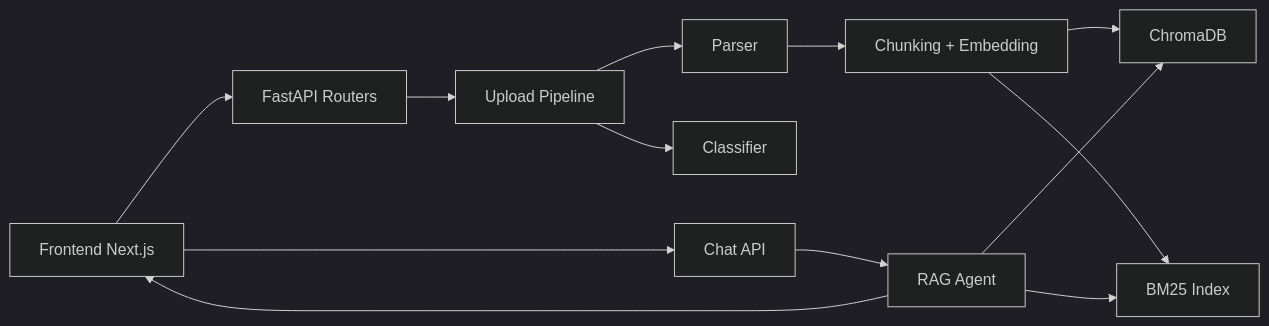
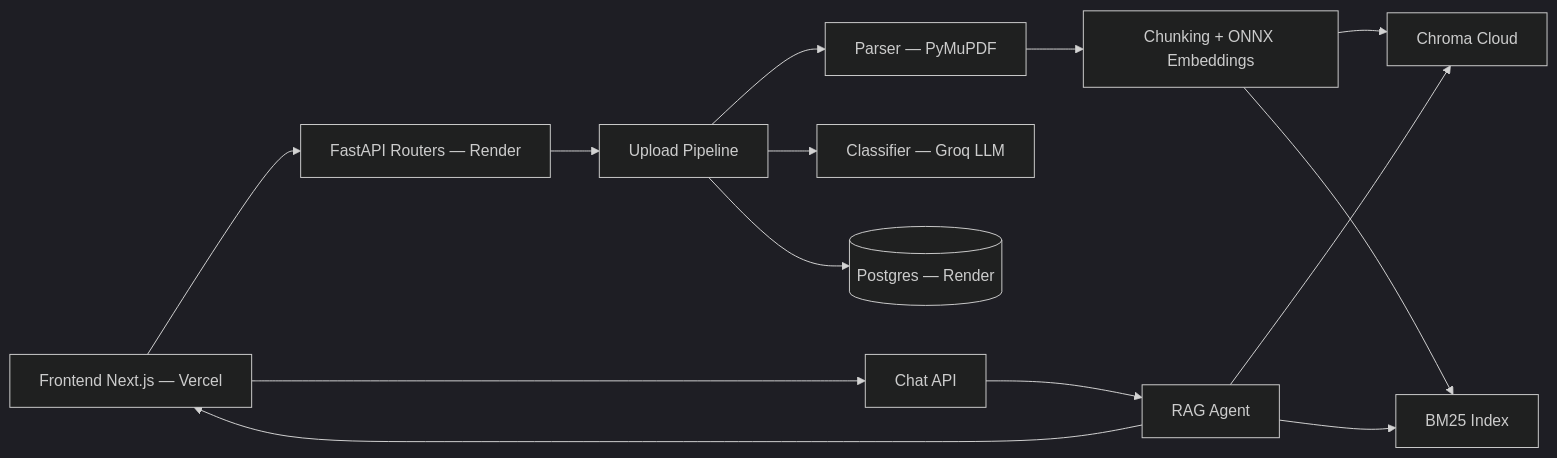
Before and after one commit to ankitnegi-dev/bfai-doc-intelligence: the diagram in README.md, drawn with Mermaid (dark theme). The commit also changed other lines of this file, not shown here.

Commit message:
docs: update README to reflect Docker, Postgres, and Chroma Cloud architecture

````diff
--- a/README.md
+++ b/README.md
@@ -60,15 +59,16 @@
 ```mermaid
 flowchart LR
-    A[Frontend Next.js] --> B[FastAPI Routers]
+    A[Frontend Next.js — Vercel] --> B[FastAPI Routers — Render]
     B --> C[Upload Pipeline]
-    C --> D[Parser]
-    C --> E[Classifier]
-    D --> F[Chunking + Embedding]
-    F --> G[ChromaDB]
+    C --> D[Parser — PyMuPDF]
+    C --> E[Classifier — Groq LLM]
+    D --> F[Chunking + ONNX Embeddings]
+    F --> G[Chroma Cloud]
     F --> H[BM25 Index]
+    C --> P[(Postgres — Render)]
     A --> I[Chat API]
     I --> J[RAG Agent]
     J --> G
     J --> H
     J --> A
 ```
````
